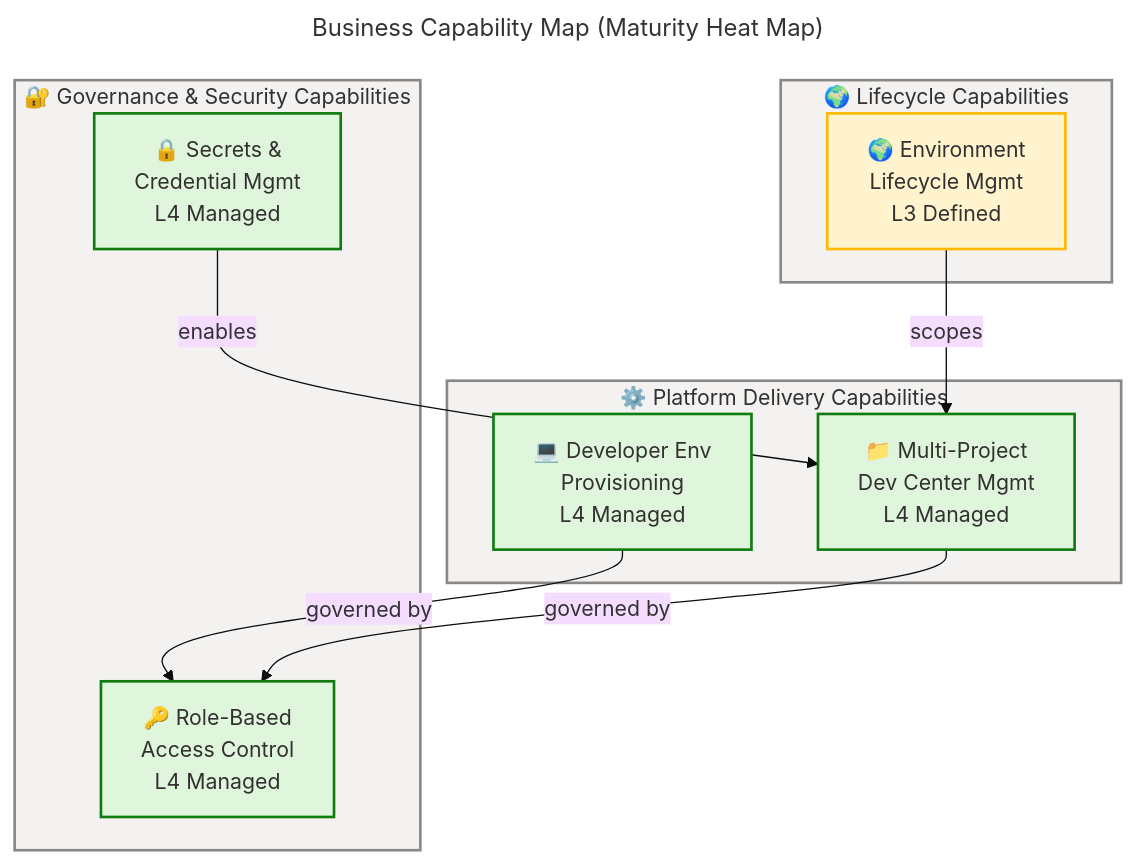
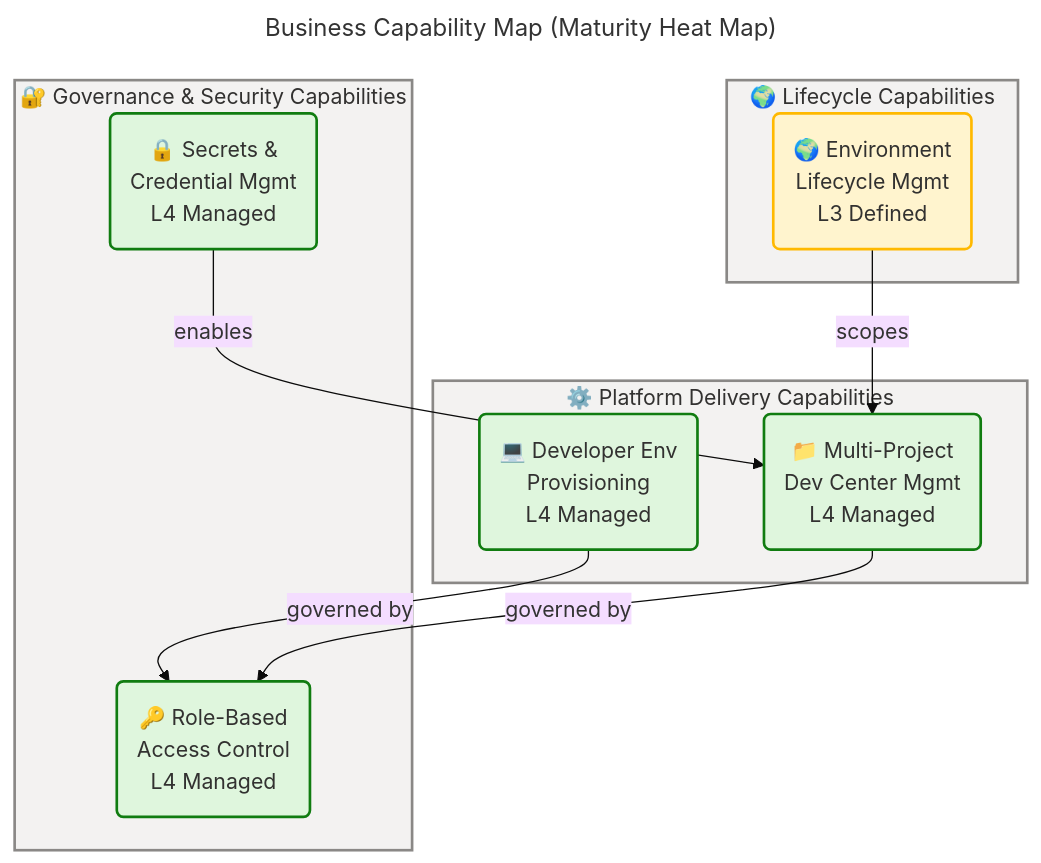
The first of 6 diagrams in docs/architecture/business-architecture.md (Evilazaro/DevExp-DevBox), drawn with Mermaid before and after one commit. The commit also changed other lines of this file, not shown here.

Commit message:
refactor: update flowchart syntax for improved readability in business architecture documentation

````diff
--- a/docs/architecture/business-architecture.md
+++ b/docs/architecture/business-architecture.md
@@ -185,53 +185,53 @@
 ```mermaid
 ---
 title: "Business Capability Map (Maturity Heat Map)"
 config:
   theme: base
   look: classic
   layout: dagre
   themeVariables:
     fontSize: '16px'
   flowchart:
     htmlLabels: true
 ---
 flowchart TB
     accTitle: Business Capability Map Maturity Heat Map
     accDescr: TOGAF Business Capability map showing all five core capabilities with their current maturity levels, grouped by strategic domain
 
     %% ═══════════════════════════════════════════════════════════════════════════
     %% AZURE / FLUENT ARCHITECTURE PATTERN v1.1
     %% (Semantic + Structural + Font + Accessibility Governance)
     %% ═══════════════════════════════════════════════════════════════════════════
     %% PHASE 1 - FLUENT UI: All styling uses approved Fluent UI palette only
     %% PHASE 2 - GROUPS: Every subgraph has semantic color via style directive
     %% PHASE 3 - COMPONENTS: Every node has semantic classDef + icon prefix
     %% PHASE 4 - ACCESSIBILITY: accTitle/accDescr present, WCAG AA contrast
     %% PHASE 5 - STANDARD: Governance block present, classDefs centralized
     %% ═══════════════════════════════════════════════════════════════════════════
 
     subgraph plat["⚙️ Platform Delivery Capabilities"]
-        BC1["💻 Developer Env\nProvisioning\nL4 Managed"]:::success
-        BC2["📁 Multi-Project\nDev Center Mgmt\nL4 Managed"]:::success
+        BC1("💻 Developer Env\nProvisioning\nL4 Managed"):::success
+        BC2("📁 Multi-Project\nDev Center Mgmt\nL4 Managed"):::success
     end
 
     subgraph gov["🔐 Governance & Security Capabilities"]
-        BC3["🔑 Role-Based\nAccess Control\nL4 Managed"]:::success
-        BC4["🔒 Secrets &\nCredential Mgmt\nL4 Managed"]:::success
+        BC3("🔑 Role-Based\nAccess Control\nL4 Managed"):::success
+        BC4("🔒 Secrets &\nCredential Mgmt\nL4 Managed"):::success
     end
 
     subgraph lcy["🌍 Lifecycle Capabilities"]
-        BC5["🌍 Environment\nLifecycle Mgmt\nL3 Defined"]:::warning
+        BC5("🌍 Environment\nLifecycle Mgmt\nL3 Defined"):::warning
     end
 
     BC1 -->|"governed by"| BC3
     BC2 -->|"governed by"| BC3
     BC4 -->|"enables"| BC2
     BC5 -->|"scopes"| BC2
 
     style plat fill:#F3F2F1,stroke:#8A8886,stroke-width:2px,color:#323130
     style gov  fill:#F3F2F1,stroke:#8A8886,stroke-width:2px,color:#323130
     style lcy  fill:#F3F2F1,stroke:#8A8886,stroke-width:2px,color:#323130
 
     classDef success fill:#DFF6DD,stroke:#107C10,stroke-width:2px,color:#323130
     classDef warning fill:#FFF4CE,stroke:#FFB900,stroke-width:2px,color:#323130
 ```
````
